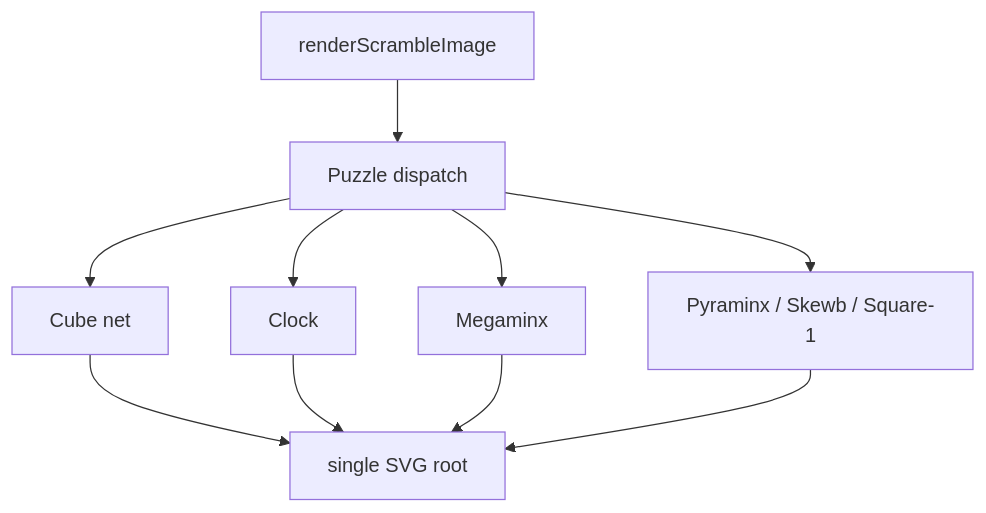
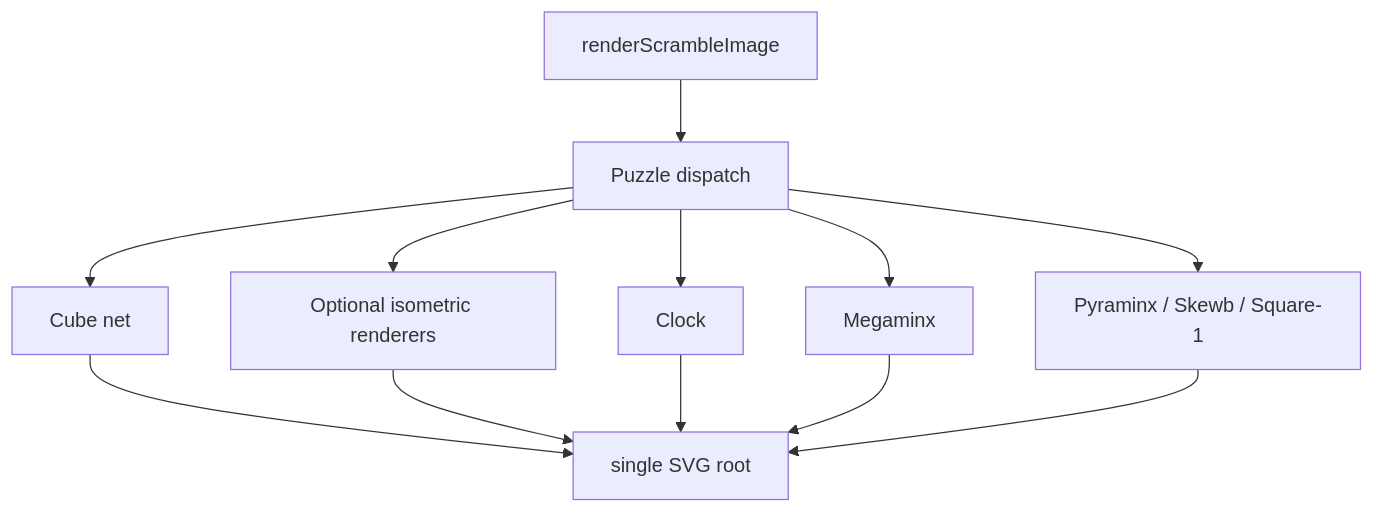
Before and after one commit to deweyou/cube-kit: the diagram in docs/packages/scramble-image/renderer-contracts.md, drawn with Mermaid. The commit also changed other lines of this file and 35 other files, not shown here.

````diff
--- a/docs/packages/scramble-image/renderer-contracts.md
+++ b/docs/packages/scramble-image/renderer-contracts.md
@@ -3,12 +3,14 @@
 ```mermaid
 flowchart TD
     Render["renderScrambleImage"] --> Dispatch["Puzzle dispatch"]
     Dispatch --> Cube["Cube net"]
+    Dispatch --> Iso["Optional isometric renderers"]
     Dispatch --> Clock["Clock"]
     Dispatch --> Minx["Megaminx"]
     Dispatch --> Others["Pyraminx / Skewb / Square-1"]
     Cube --> SVG["single SVG root"]
+    Iso --> SVG
     Clock --> SVG
     Minx --> SVG
     Others --> SVG
 ```
````
